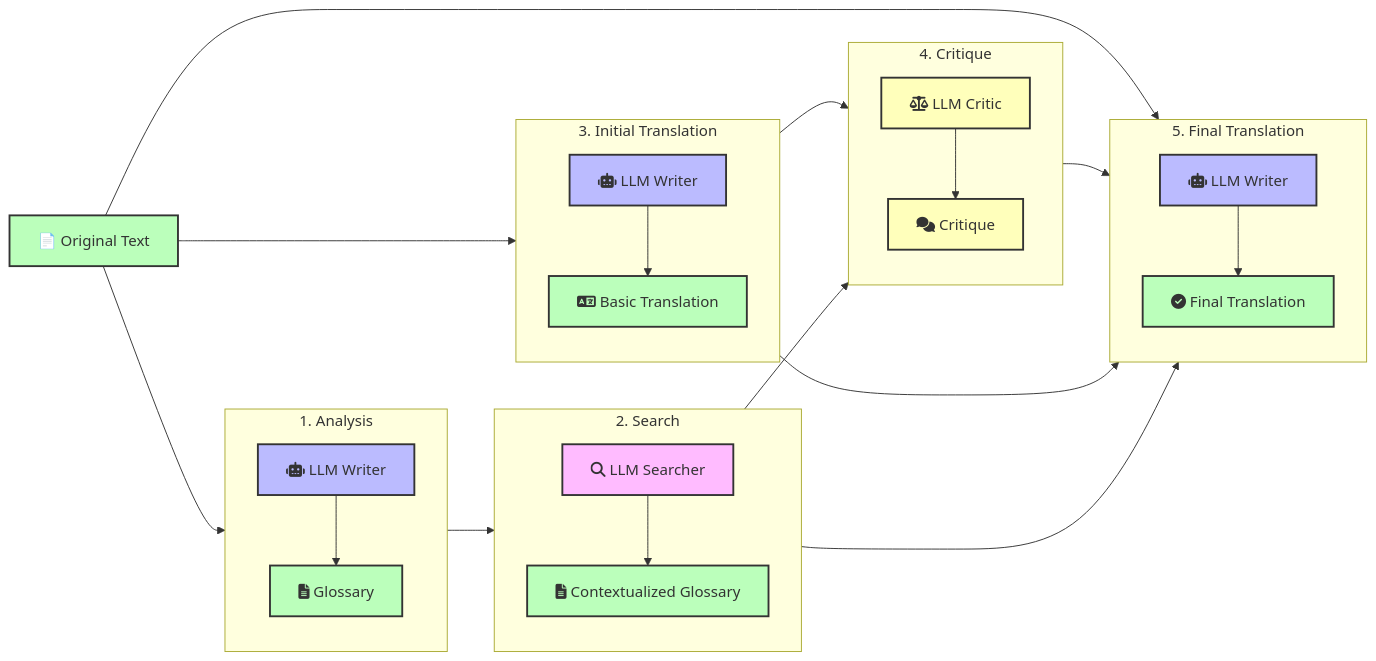
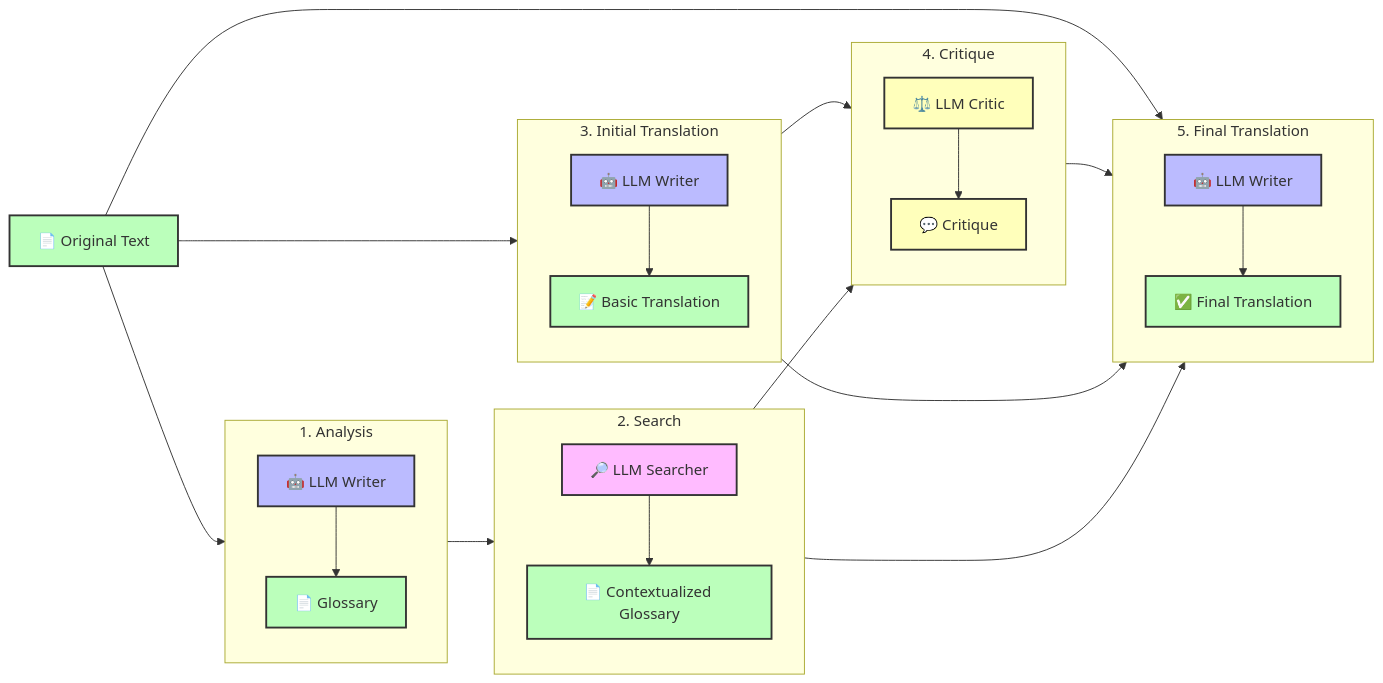
Before and after one commit to DavidLMS/aphra: the diagram in README.md, drawn with Mermaid.

````diff
--- a/README.md
+++ b/README.md
@@ -3,49 +3,49 @@
 ```mermaid
 flowchart LR
     T[📄 Original Text]
     
     subgraph "1. Analysis"
         direction TB
-        A[fa:fa-robot LLM Writer] -->C[fa:fa-file-alt Glossary]
+        A[🤖 LLM Writer] -->C[📄 Glossary]
     end
     
     subgraph "2. Search"
         direction TB
-        D[fa:fa-search LLM Searcher] --> F[fa:fa-file-alt Contextualized Glossary]
+        D[🔎 LLM Searcher] --> F[📄 Contextualized Glossary]
     end
     
     subgraph "3. Initial Translation"
         direction TB
-        G[fa:fa-robot LLM Writer] -->H[fa:fa-language Basic Translation]
+        G[🤖 LLM Writer] -->H[📝 Basic Translation]
     end
     
     subgraph "4. Critique"
         direction TB
-        I[fa:fa-balance-scale LLM Critic] --> J[fa:fa-comments Critique]
+        I[⚖️ LLM Critic] --> J[💬 Critique]
     end
     
     subgraph "5. Final Translation"
         direction TB
-        K[fa:fa-robot LLM Writer] --> L[fa:fa-check-circle Final Translation]
+        K[🤖 LLM Writer] --> L[✅ Final Translation]
     end
 
     T --> A
     T --> G
     C --> D
     F --> I
     H --> I
     T --> K
     H --> K
     F --> K
     J --> K
     
     classDef default fill:#abb,stroke:#333,stroke-width:2px;
     classDef robot fill:#bbf,stroke:#333,stroke-width:2px;
     classDef document fill:#bfb,stroke:#333,stroke-width:2px;
     classDef search fill:#fbf,stroke:#333,stroke-width:2px;
     classDef critic fill:#ffb,stroke:#333,stroke-width:2px;
     class A,G,K robot;
     class T,B,C,F,H,L document;
     class D search;
     class I,J critic;
 ```
````
